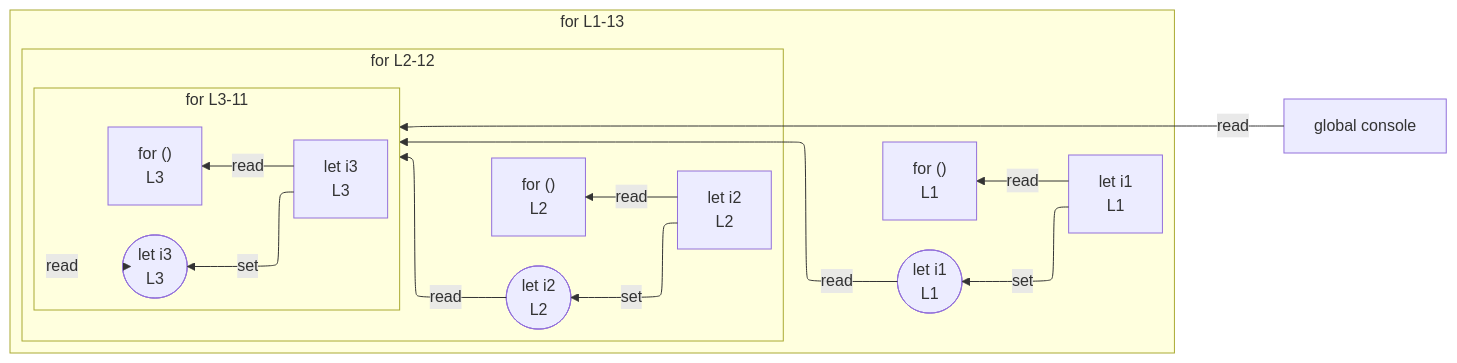
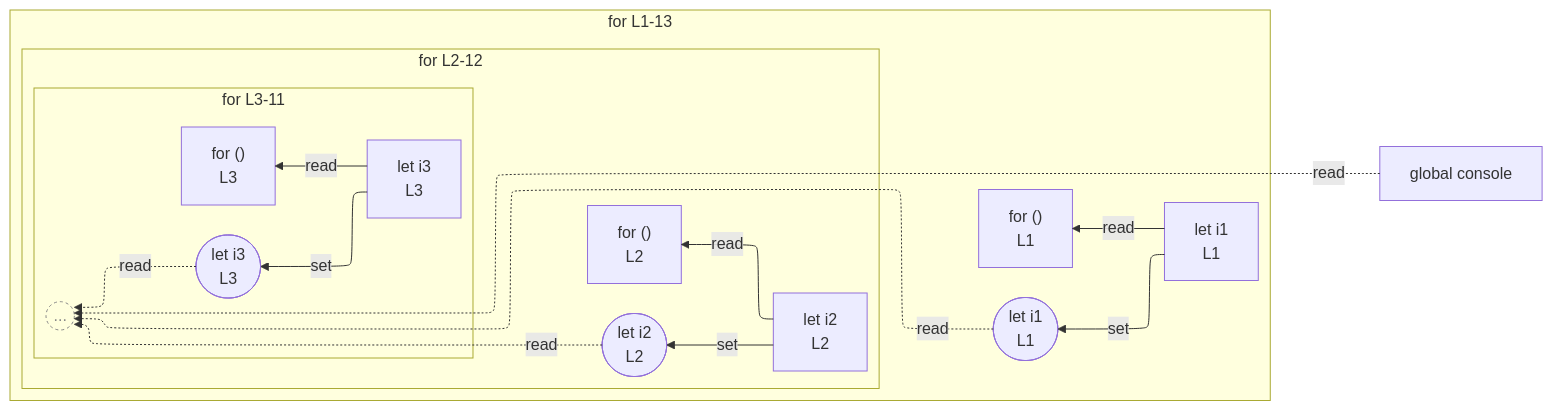
One commit to crescware/unsnarl changed the diagram in integration/fixtures/app-behavior/depth/for/depth-2/preview.md. Above: the diagram before and after it, drawn with Mermaid. The commit also changed 72 other files, not shown here.

First line of the commit message:
Render anonymous collapsed scopes as a BeyondDepth `((...))` stub

````diff
--- a/integration/fixtures/app-behavior/depth/for/depth-2/preview.md
+++ b/integration/fixtures/app-behavior/depth/for/depth-2/preview.md
@@ -23,33 +23,36 @@
 ```mermaid
 %%{init: {"flowchart": {"defaultRenderer": "elk"}}}%%
 flowchart RL
   n_scope_0_console_240["global console"]
   subgraph s_scope_1["for L1-13"]
     direction RL
     for_test_scope_0_0["for ()<br/>L1"]
     n_scope_1_i1_9["let i1<br/>L1"]
     wr_ref_2(["let i1<br/>L1"])
     subgraph s_scope_3["for L2-12"]
       direction RL
       for_test_scope_2_35["for ()<br/>L2"]
       n_scope_3_i2_44["let i2<br/>L2"]
       wr_ref_5(["let i2<br/>L2"])
       subgraph s_scope_5["for L3-11"]
         direction RL
         for_test_scope_4_72["for ()<br/>L3"]
         n_scope_5_i3_81["let i3<br/>L3"]
         wr_ref_8(["let i3<br/>L3"])
+        beyond_depth_s_scope_5((...))
       end
     end
   end
   n_scope_1_i1_9 -->|set| wr_ref_2
   n_scope_3_i2_44 -->|set| wr_ref_5
   n_scope_5_i3_81 -->|set| wr_ref_8
   n_scope_1_i1_9 -->|read| for_test_scope_0_0
   n_scope_3_i2_44 -->|read| for_test_scope_2_35
   n_scope_5_i3_81 -->|read| for_test_scope_4_72
-  n_scope_0_console_240 -->|read| s_scope_5
-  wr_ref_2 -->|read| s_scope_5
-  wr_ref_5 -->|read| s_scope_5
-  wr_ref_8 -->|read| s_scope_5
+  n_scope_0_console_240 -.->|read| beyond_depth_s_scope_5
+  wr_ref_2 -.->|read| beyond_depth_s_scope_5
+  wr_ref_5 -.->|read| beyond_depth_s_scope_5
+  wr_ref_8 -.->|read| beyond_depth_s_scope_5
+  classDef boundaryStub fill:transparent,stroke:#888,stroke-dasharray:3 3,color:#888;
+  class beyond_depth_s_scope_5 boundaryStub;
 ```
````
